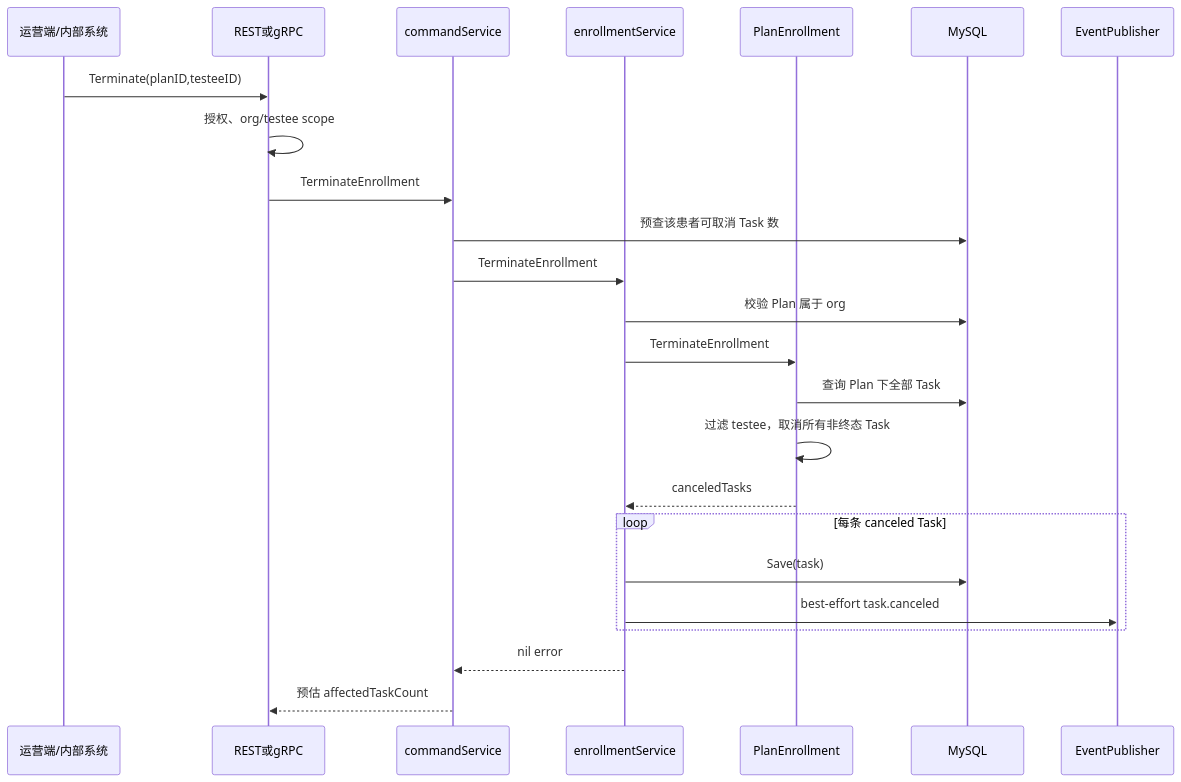
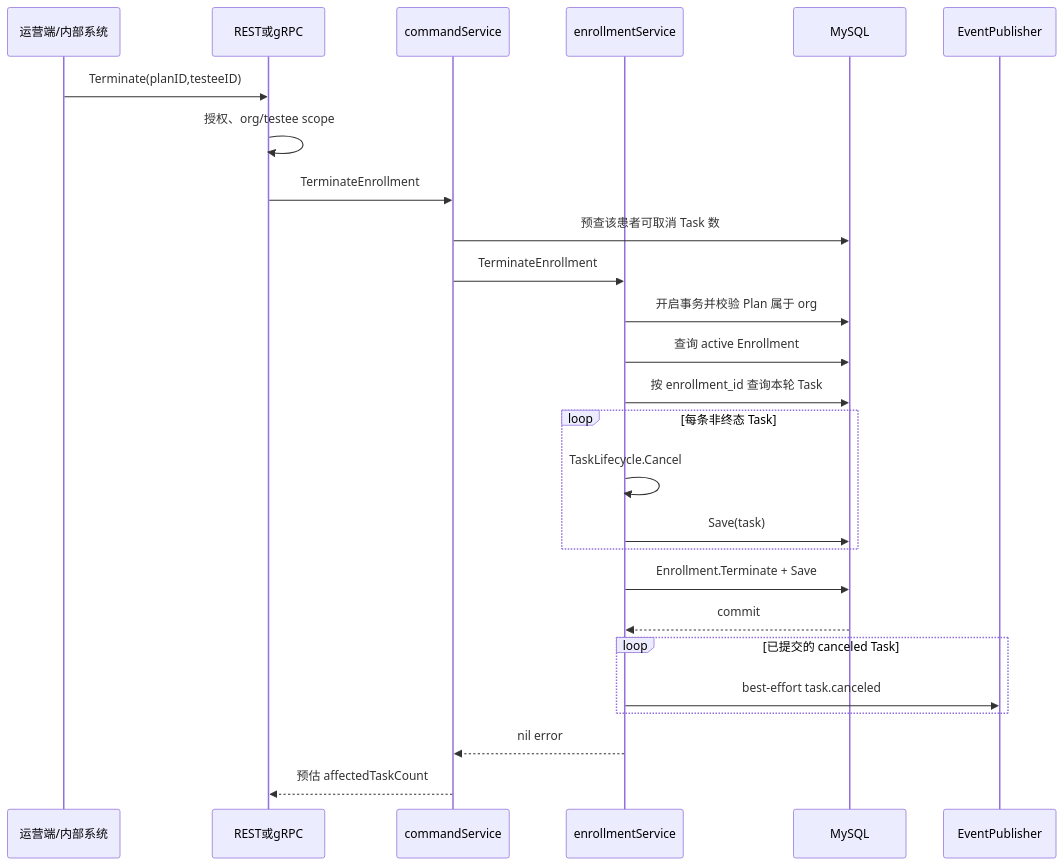
Before and after one commit to FangcunMount/qs-server: the third of 3 diagrams in docs/02-业务模块/60-plan/30-关键链路-计划创建、患者加入与终止.md, drawn with Mermaid. The commit also changed other lines of this file and 6 other files, not shown here.

````diff
--- a/docs/02-业务模块/60-plan/30-关键链路-计划创建、患者加入与终止.md
+++ b/docs/02-业务模块/60-plan/30-关键链路-计划创建、患者加入与终止.md
@@ -508,27 +508,29 @@
 ```mermaid
 sequenceDiagram
     participant U as 运营端/内部系统
     participant H as REST或gRPC
     participant C as commandService
     participant E as enrollmentService
-    participant D as PlanEnrollment
     participant DB as MySQL
     participant P as EventPublisher
 
     U->>H: Terminate(planID,testeeID)
     H->>H: 授权、org/testee scope
     H->>C: TerminateEnrollment
     C->>DB: 预查该患者可取消 Task 数
     C->>E: TerminateEnrollment
-    E->>DB: 校验 Plan 属于 org
-    E->>D: TerminateEnrollment
-    D->>DB: 查询 Plan 下全部 Task
-    D->>D: 过滤 testee，取消所有非终态 Task
-    D-->>E: canceledTasks
-    loop 每条 canceled Task
+    E->>DB: 开启事务并校验 Plan 属于 org
+    E->>DB: 查询 active Enrollment
+    E->>DB: 按 enrollment_id 查询本轮 Task
+    loop 每条非终态 Task
+        E->>E: TaskLifecycle.Cancel
         E->>DB: Save(task)
+    end
+    E->>DB: Enrollment.Terminate + Save
+    DB-->>E: commit
+    loop 已提交的 canceled Task
         E->>P: best-effort task.canceled
     end
     E-->>C: nil error
     C-->>H: 预估 affectedTaskCount
 ```
````
